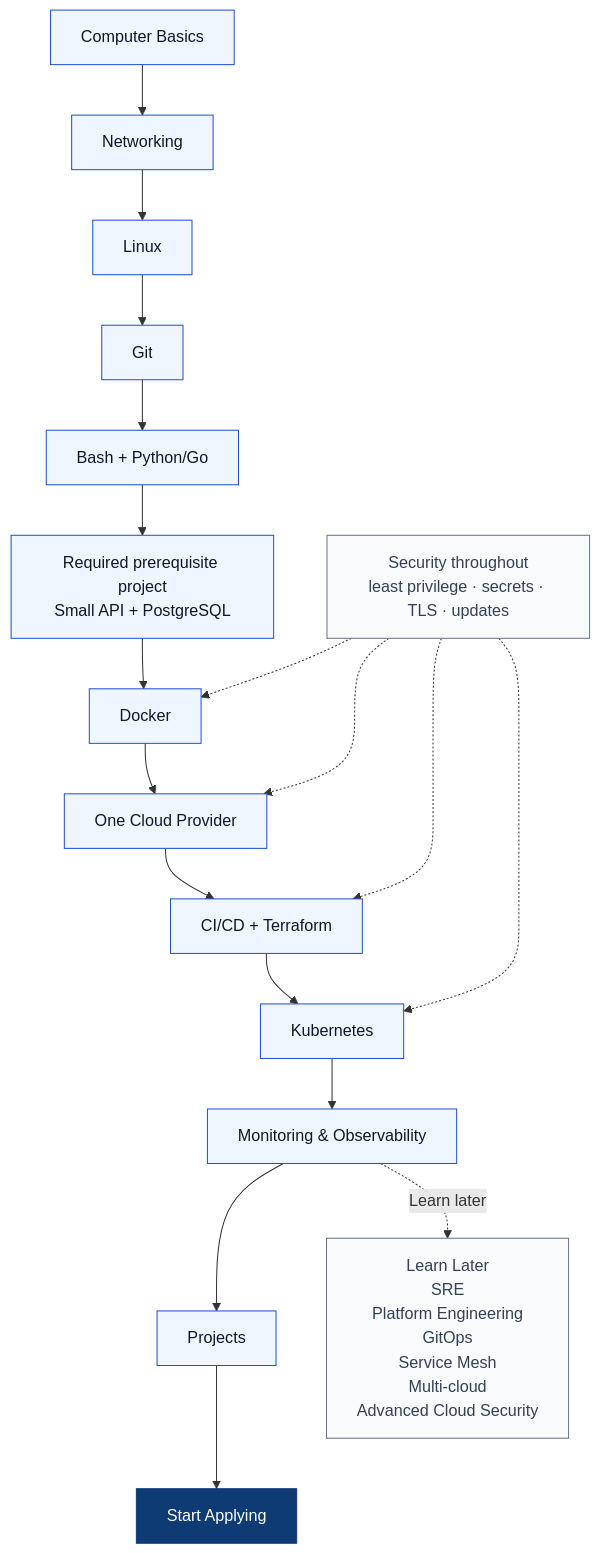
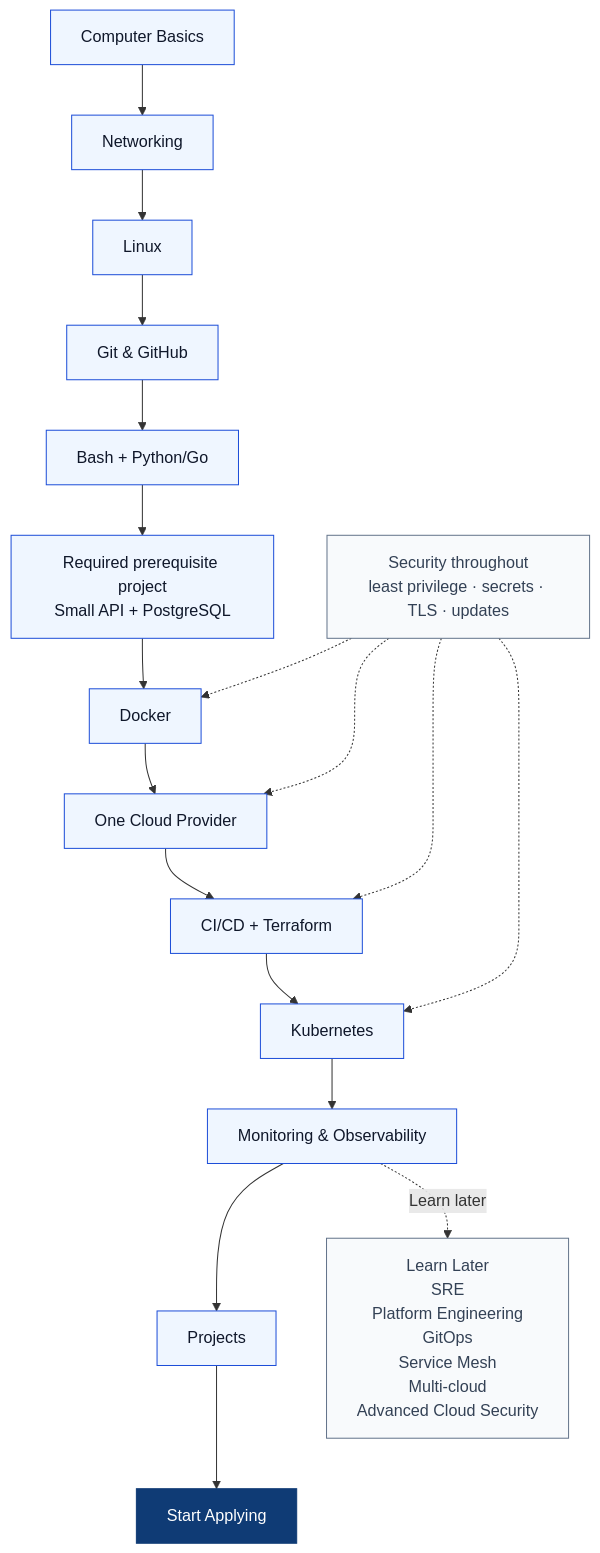
One commit to mazenessam77/cloud-devops-roadmap-2026 changed the diagram in diagrams/roadmap.md. Above: the diagram before and after it, drawn with Mermaid. The commit also changed 5 other files, not shown here.

````diff
--- a/diagrams/roadmap.md
+++ b/diagrams/roadmap.md
@@ -3,29 +3,29 @@
 ```mermaid
 flowchart TD
     Computer[Computer Basics] --> Networking[Networking]
     Networking --> Linux[Linux]
-    Linux --> Git[Git]
+    Linux --> Git[Git & GitHub]
     Git --> Automation[Bash + Python/Go]
     Automation --> Prerequisite[Required prerequisite project<br/>Small API + PostgreSQL]
     Prerequisite --> Docker[Docker]
     Docker --> Cloud[One Cloud Provider]
     Cloud --> Delivery[CI/CD + Terraform]
     Delivery --> Kubernetes[Kubernetes]
     Kubernetes --> Observability[Monitoring & Observability]
     Observability --> Projects[Projects]
     Projects --> Applying[Start Applying]
 
     Security[Security throughout<br/>least privilege · secrets · TLS · updates] -.-> Docker
     Security -.-> Cloud
     Security -.-> Delivery
     Security -.-> Kubernetes
 
     Observability -. Learn later .-> Later[Learn Later<br/>SRE<br/>Platform Engineering<br/>GitOps<br/>Service Mesh<br/>Multi-cloud<br/>Advanced Cloud Security]
 
     classDef main fill:#eff6ff,stroke:#1d4ed8,color:#0f172a,stroke-width:1px;
     classDef final fill:#0f3b75,stroke:#0f3b75,color:#ffffff,stroke-width:1px;
     classDef later fill:#f8fafc,stroke:#64748b,color:#334155,stroke-width:1px;
     class Computer,Networking,Linux,Git,Automation,Prerequisite,Docker,Cloud,Delivery,Kubernetes,Observability,Projects main;
     class Applying final;
     class Later,Security later;
 ```
````
